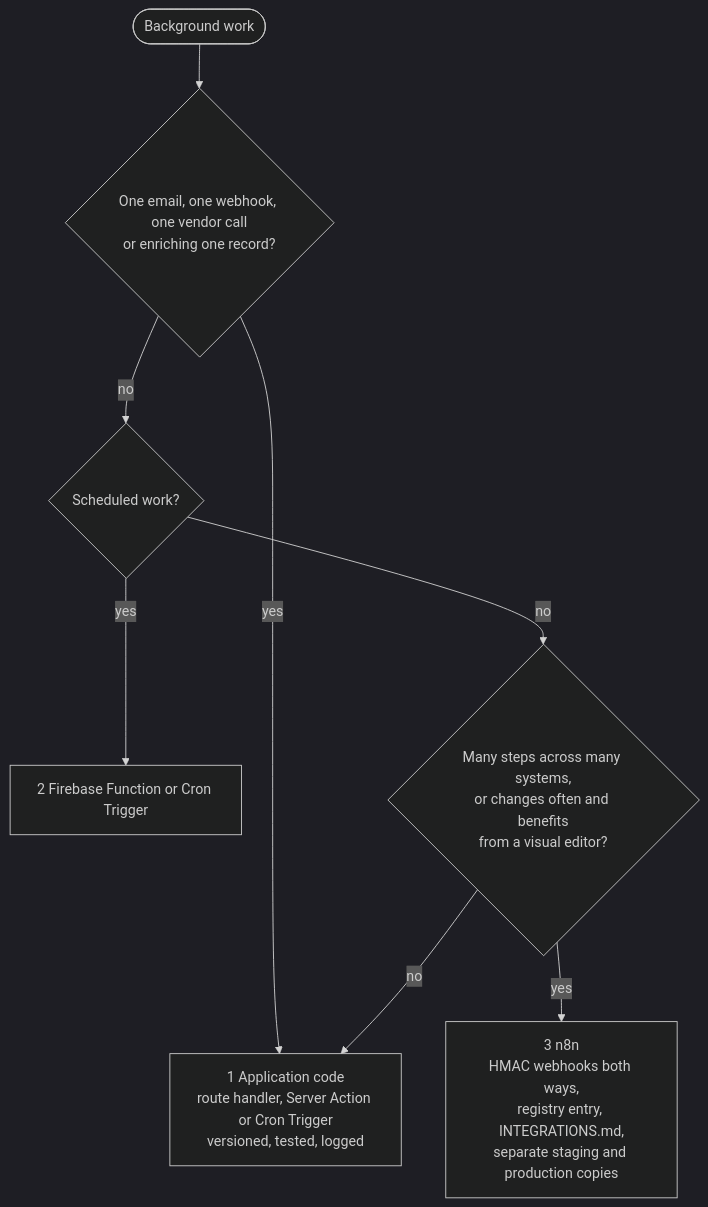
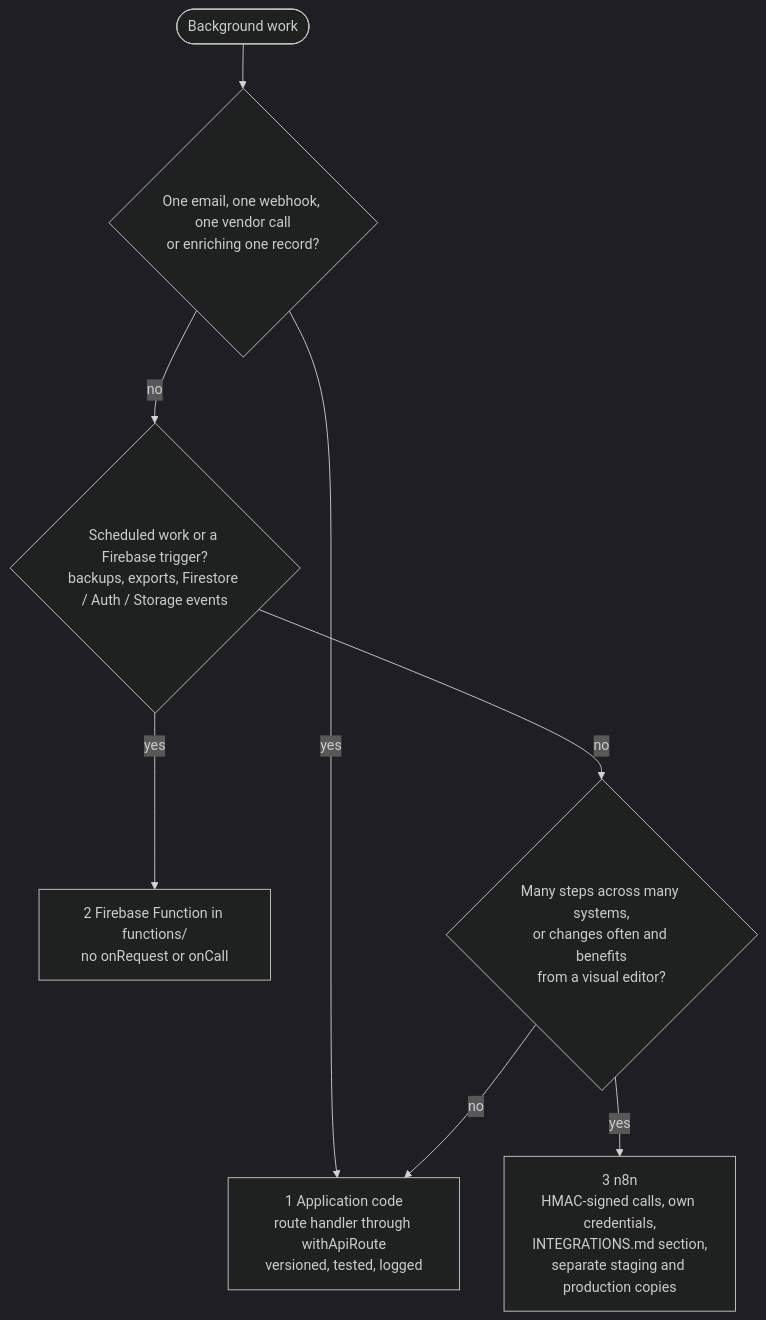
Before and after one commit to Improve-To-Grow/MUSUBI: the first of 3 diagrams in src/templates/shared/steering/rules/itg/integrations.md, drawn with Mermaid (dark theme). The commit also changed other lines of this file and 57 other files, not shown here.

````diff
--- a/src/templates/shared/steering/rules/itg/integrations.md
+++ b/src/templates/shared/steering/rules/itg/integrations.md
@@ -19,10 +19,10 @@
 ```mermaid
 flowchart TD
     J([Background work]) --> A{One email, one webhook, one vendor call<br/>or enriching one record?}
-    A -- yes --> APP[1 Application code<br/>route handler, Server Action or Cron Trigger<br/>versioned, tested, logged]
-    A -- no --> SCH{Scheduled work?}
-    SCH -- yes --> FN[2 Firebase Function or Cron Trigger]
+    A -- yes --> APP[1 Application code<br/>route handler through withApiRoute<br/>versioned, tested, logged]
+    A -- no --> SCH{Scheduled work or a Firebase trigger?<br/>backups, exports, Firestore / Auth / Storage events}
+    SCH -- yes --> FN[2 Firebase Function in functions/<br/>no onRequest or onCall]
     SCH -- no --> BIG{Many steps across many systems,<br/>or changes often and benefits<br/>from a visual editor?}
-    BIG -- yes --> N8N[3 n8n<br/>HMAC webhooks both ways,<br/>registry entry, INTEGRATIONS.md,<br/>separate staging and production copies]
+    BIG -- yes --> N8N[3 n8n<br/>HMAC-signed calls, own credentials,<br/>INTEGRATIONS.md section,<br/>separate staging and production copies]
     BIG -- no --> APP
 ```
````
